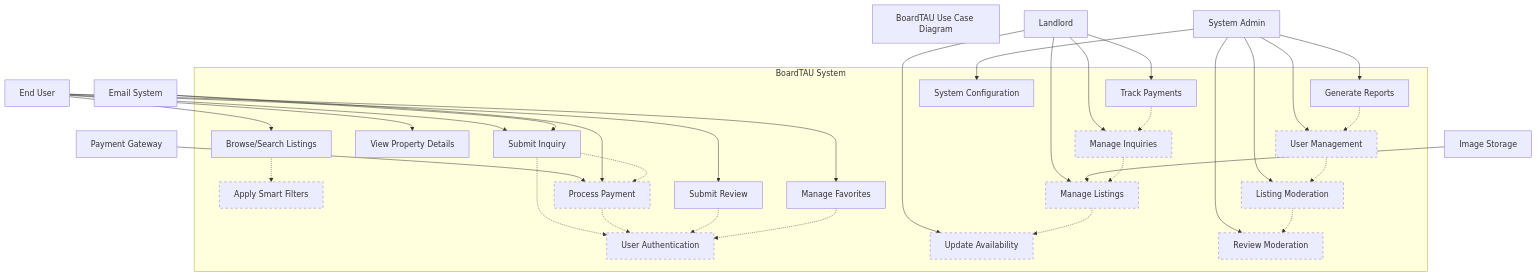
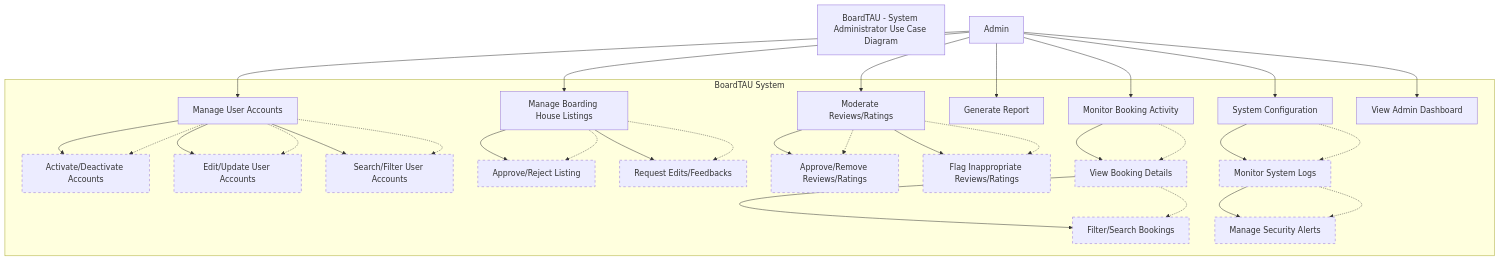
Before and after one commit to danbalaba/board-tau: the second of 2 diagrams in USE-CASE-DIAGRAM.md, drawn with Mermaid. The commit also changed other lines of this file and 7 other files, not shown here.

````diff
--- a/USE-CASE-DIAGRAM.md
+++ b/USE-CASE-DIAGRAM.md
@@ -9,80 +88,68 @@
 ```mermaid
 graph TD
-    title[BoardTAU Use Case Diagram]
+    title[BoardTAU - System Administrator Use Case Diagram]
 
     %% Actors
-    User[End User]
-    Landlord[Landlord]
-    Admin[System Admin]
-    Payment[Payment Gateway]
-    Email[Email System]
-    Storage[Image Storage]
+    Admin[Admin]
 
     %% System Boundary
     subgraph BoardTAU System
-        %% End User Use Cases
-        UC1[User Authentication]
-        UC2[Browse/Search Listings]
-        UC3[Apply Smart Filters]
-        UC4[View Property Details]
-        UC5[Submit Inquiry]
-        UC6[Process Payment]
-        UC7[Submit Review]
-        UC8[Manage Favorites]
-
-        %% Landlord Use Cases
-        UC9[Manage Listings]
-        UC10[Manage Inquiries]
-        UC11[Update Availability]
-        UC12[Track Payments]
-
         %% Admin Use Cases
-        UC13[User Management]
-        UC14[Listing Moderation]
-        UC15[Review Moderation]
-        UC16[System Configuration]
-        UC17[Generate Reports]
+        UC1[Manage User Accounts]
+        UC2[Activate/Deactivate Accounts]
+        UC3[Edit/Update User Accounts]
+        UC4[Search/Filter User Accounts]
+        UC5[Manage Boarding House Listings]
+        UC6[Approve/Reject Listing]
+        UC7[Request Edits/Feedbacks]
+        UC8[Moderate Reviews/Ratings]
+        UC9[Approve/Remove Reviews/Ratings]
+        UC10[Flag Inappropriate Reviews/Ratings]
+        UC11[Generate Report]
+        UC12[Monitor Booking Activity]
+        UC13[View Booking Details]
+        UC14[Filter/Search Bookings]
+        UC15[System Configuration]
+        UC16[Monitor System Logs]
+        UC17[Manage Security Alerts]
+        UC18[View Admin Dashboard]
     end
 
     %% Actor Connections
-    User --> UC2
-    User --> UC4
-    User --> UC5
-    User --> UC7
-    User --> UC8
+    Admin --> UC1
+    Admin --> UC5
+    Admin --> UC8
+    Admin --> UC11
+    Admin --> UC12
+    Admin --> UC15
+    Admin --> UC18
 
-    Landlord --> UC9
-    Landlord --> UC10
-    Landlord --> UC11
-    Landlord --> UC12
+    %% Subtask Relationships
+    UC1 --> UC2
+    UC1 --> UC3
+    UC1 --> UC4
+    UC5 --> UC6
+    UC5 --> UC7
+    UC8 --> UC9
+    UC8 --> UC10
+    UC12 --> UC13
+    UC13 --> UC14
+    UC15 --> UC16
+    UC16 --> UC17
 
-    Admin --> UC13
-    Admin --> UC14
-    Admin --> UC15
-    Admin --> UC16
-    Admin --> UC17
-
-    %% External System Connections
-    Payment --> UC6
-    Email --> UC5
-    Email --> UC6
-    Storage --> UC9
-
-    %% Relationships
-    UC2 -.-> UC3:::extend
-    UC5 -.-> UC1:::include
-    UC6 -.-> UC1:::include
-    UC7 -.-> UC1:::include
-    UC8 -.-> UC1:::include
+    %% Include Relationships
+    UC1 -.-> UC2:::include
+    UC1 -.-> UC3:::include
+    UC1 -.-> UC4:::include
     UC5 -.-> UC6:::include
-    UC9 -.-> UC11:::include
-    UC10 -.-> UC9:::include
-    UC12 -.-> UC10:::include
+    UC5 -.-> UC7:::include
+    UC8 -.-> UC9:::include
+    UC8 -.-> UC10:::include
+    UC12 -.-> UC13:::include
     UC13 -.-> UC14:::include
-    UC14 -.-> UC15:::include
-    UC17 -.-> UC13:::include
+    UC15 -.-> UC16:::include
+    UC16 -.-> UC17:::include
 
     %% Styles
-    classDef extend stroke-dasharray: 5,5;
     classDef include stroke-dasharray: 5,5;
 ```
````
